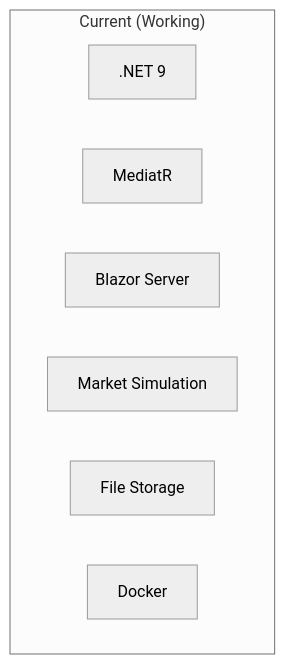
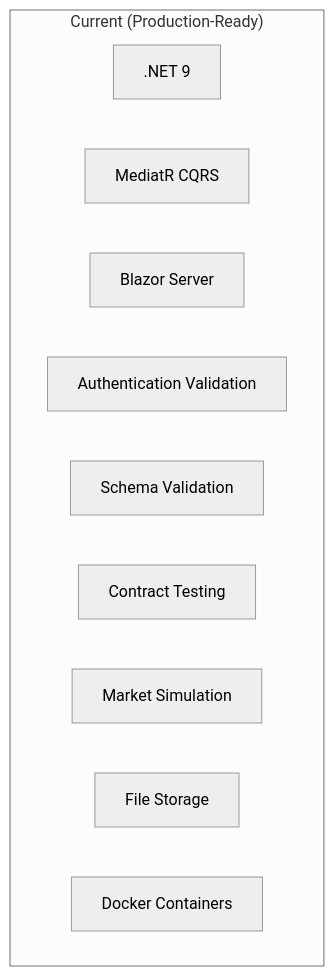
The first of 3 diagrams in ROADMAP.md (ygor/crypto-arbitrage), drawn with Mermaid (neutral theme) before and after one commit. The commit also changed other lines of this file and 5 other files, not shown here.

````diff
--- a/ROADMAP.md
+++ b/ROADMAP.md
@@ -280,11 +345,14 @@
 ```mermaid
 graph TB
-    subgraph "Current (Working)"
+    subgraph "Current (Production-Ready)"
         NET9[.NET 9]
-        MR[MediatR]
+        MR[MediatR CQRS]
         BLZ[Blazor Server]
+        AUTH[Authentication Validation]
+        SCHEMA[Schema Validation]
+        CONTRACT[Contract Testing]
         SIM[Market Simulation]
         FILE[File Storage]
-        DOCKER[Docker]
+        DOCKER[Docker Containers]
     end
 ```
````
